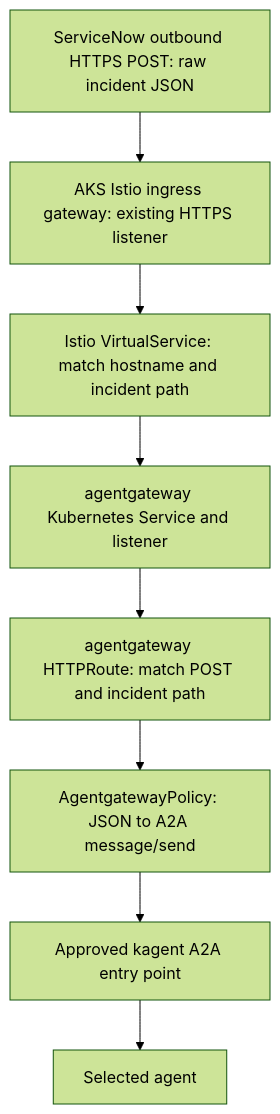
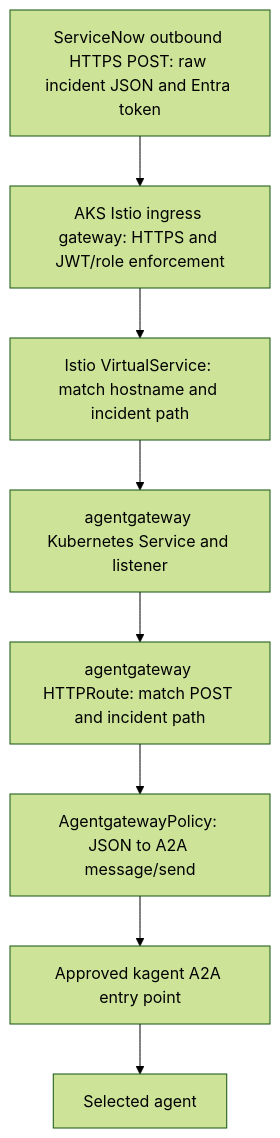
Before and after one commit to davidmarkgardiner/kagent-public: the first of 2 diagrams in platform/agentgateway/servicenow-incident-ingress/README.md, drawn with Mermaid (forest theme). The commit also changed other lines of this file and 1 other file, not shown here.

Commit message:
docs: explain Entra role enforcement at Istio incident ingress

````diff
--- a/platform/agentgateway/servicenow-incident-ingress/README.md
+++ b/platform/agentgateway/servicenow-incident-ingress/README.md
@@ -31,10 +39,10 @@
 ```mermaid
 flowchart TD
-    SN[ServiceNow outbound HTTPS POST: raw incident JSON] --> IG[AKS Istio ingress gateway: existing HTTPS listener]
+    SN[ServiceNow outbound HTTPS POST: raw incident JSON and Entra token] --> IG[AKS Istio ingress gateway: HTTPS and JWT/role enforcement]
     IG --> VS[Istio VirtualService: match hostname and incident path]
     VS --> GS[agentgateway Kubernetes Service and listener]
     GS --> HR[agentgateway HTTPRoute: match POST and incident path]
     HR --> TP[AgentgatewayPolicy: JSON to A2A message/send]
     TP --> KC[Approved kagent A2A entry point]
     KC --> AG[Selected agent]
 ```
````
